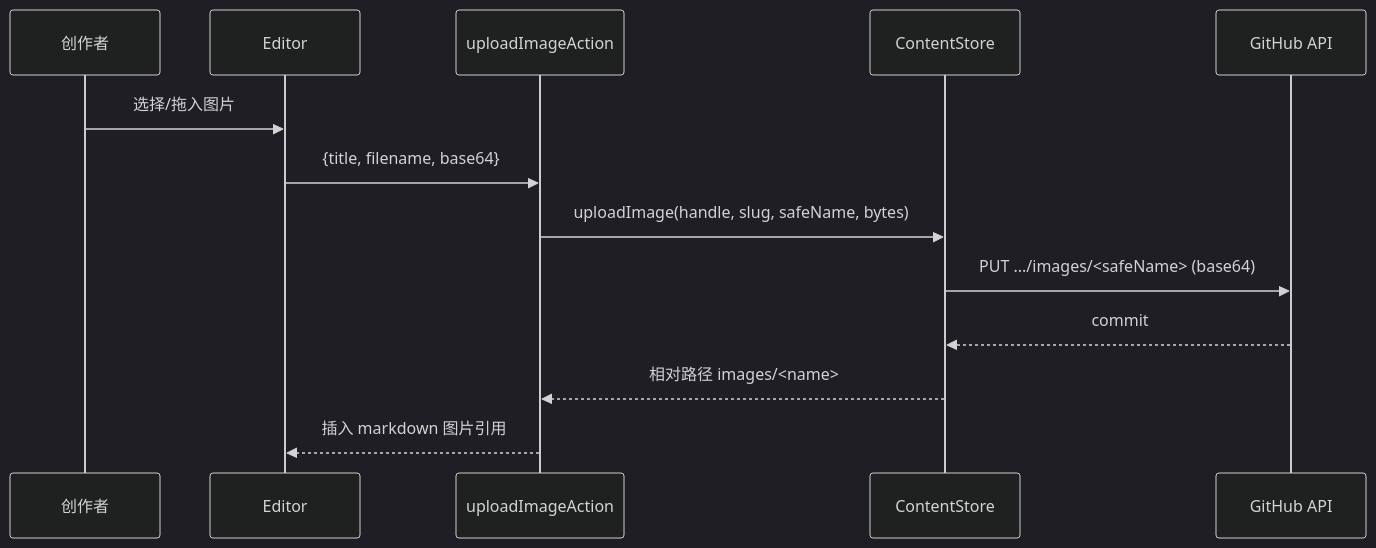
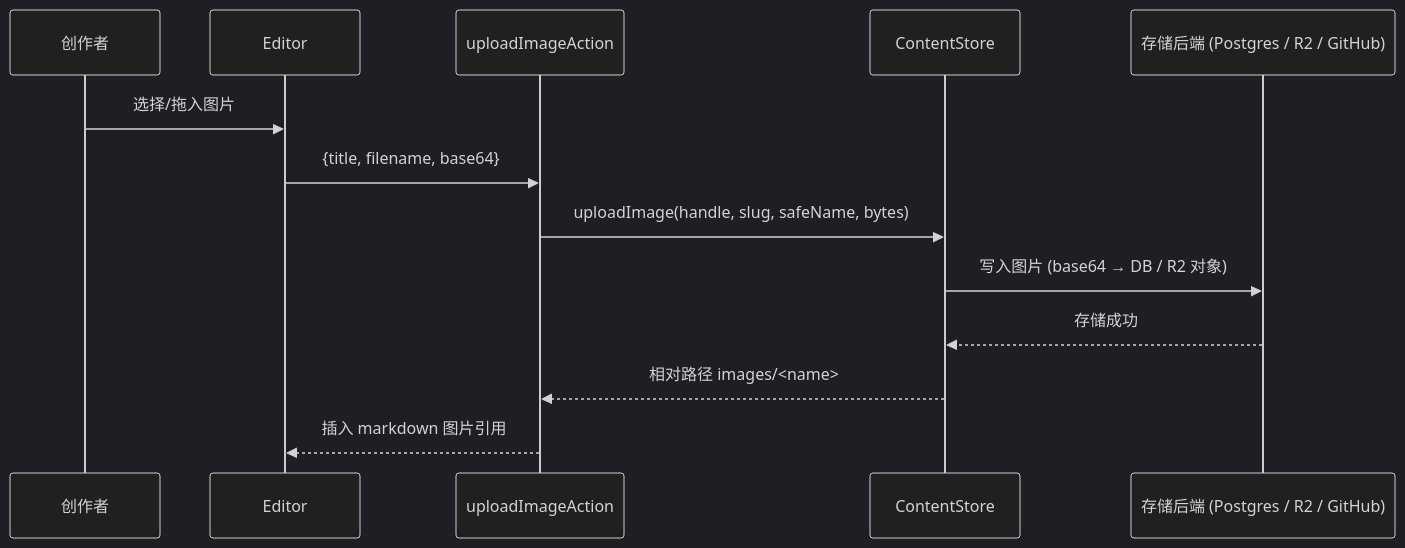
Before and after one commit to fuyucn/sumi: the seventh of 11 diagrams in docs/ARCHITECTURE.md, drawn with Mermaid (dark theme). The commit also changed other lines of this file and 9 other files, not shown here.

First line of the commit message:
docs: align storage docs with Postgres-first (no GitHub repo needed)

````diff
--- a/docs/ARCHITECTURE.md
+++ b/docs/ARCHITECTURE.md
@@ -286,16 +296,16 @@
 ```mermaid
 sequenceDiagram
     participant W as 创作者
     participant E as Editor
     participant A as uploadImageAction
     participant CS as ContentStore
-    participant G as GitHub API
+    participant S as 存储后端 (Postgres / R2 / GitHub)
 
     W->>E: 选择/拖入图片
     E->>A: {title, filename, base64}
     A->>CS: uploadImage(handle, slug, safeName, bytes)
-    CS->>G: PUT .../images/<safeName> (base64)
-    G-->>CS: commit
+    CS->>S: 写入图片 (base64 → DB / R2 对象)
+    S-->>CS: 存储成功
     CS-->>A: 相对路径 images/<name>
     A-->>E: 插入 markdown 图片引用
 ```
````
